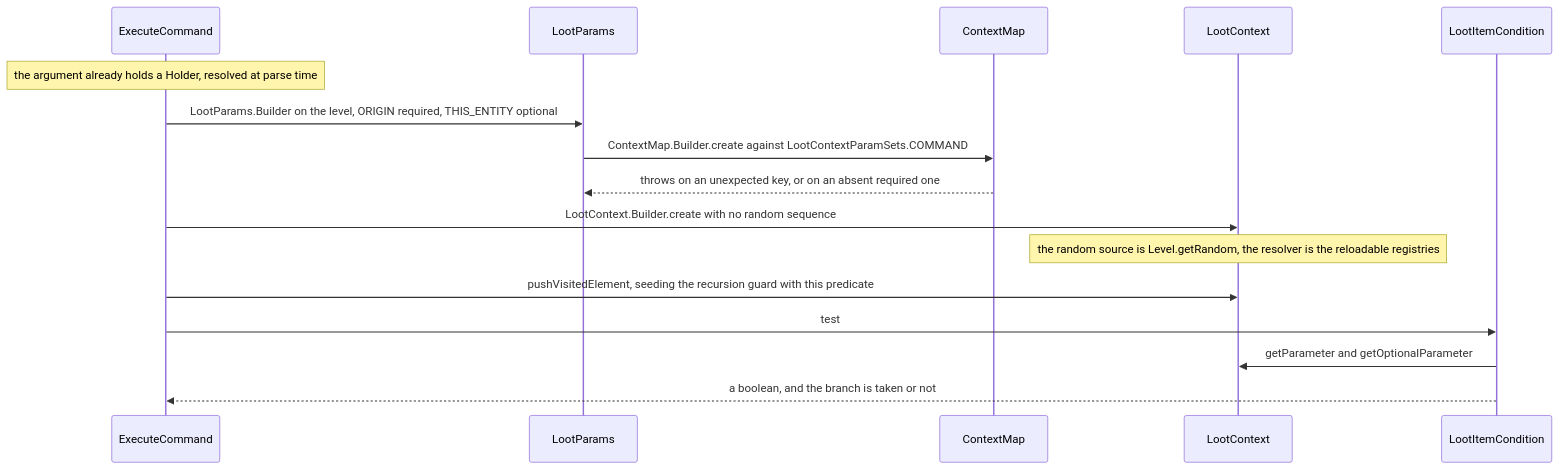
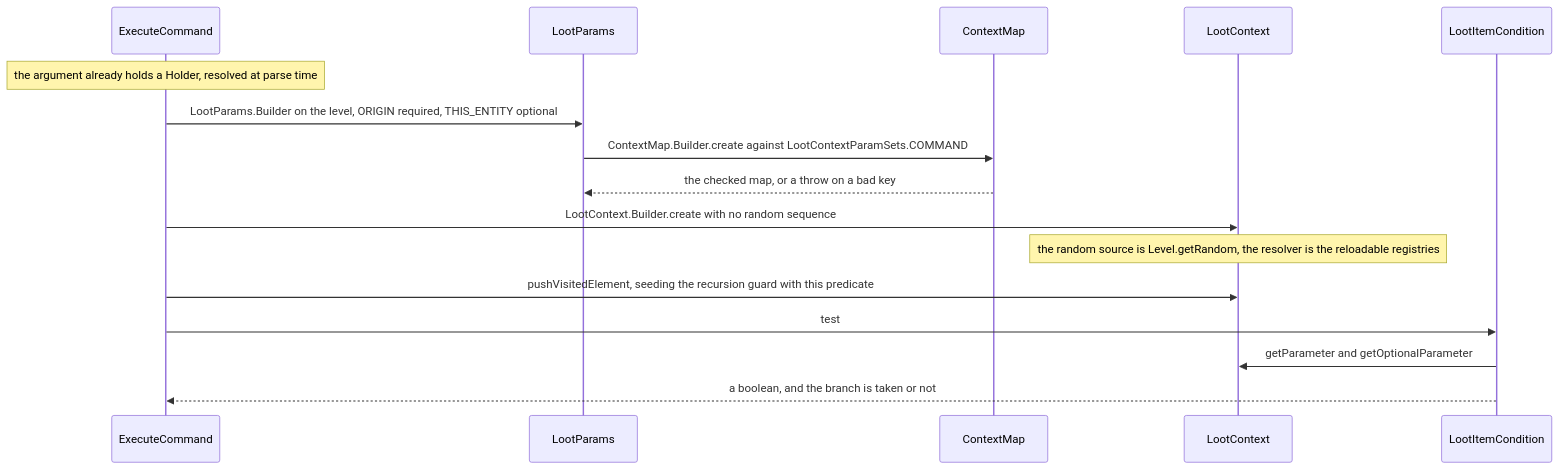
The second of 2 diagrams in src/systems/items/contexts-and-predicates.md (AlexanderjFraser/MinecraftDocs), drawn with Mermaid before and after one commit. The commit also changed other lines of this file and 19 other files, not shown here.

````diff
--- a/src/systems/items/contexts-and-predicates.md
+++ b/src/systems/items/contexts-and-predicates.md
@@ -293,19 +302,19 @@
 ```mermaid
 sequenceDiagram
     participant ExecC as ExecuteCommand
     participant LootP as LootParams
     participant CMap as ContextMap
     participant LootC as LootContext
     participant LIC as LootItemCondition
 
     Note over ExecC: the argument already holds a Holder, resolved at parse time
     ExecC->>LootP: LootParams.Builder on the level, ORIGIN required, THIS_ENTITY optional
     LootP->>CMap: ContextMap.Builder.create against LootContextParamSets.COMMAND
-    CMap-->>LootP: throws on an unexpected key, or on an absent required one
+    CMap-->>LootP: the checked map, or a throw on a bad key
     ExecC->>LootC: LootContext.Builder.create with no random sequence
     Note over LootC: the random source is Level.getRandom, the resolver is the reloadable registries
     ExecC->>LootC: pushVisitedElement, seeding the recursion guard with this predicate
     ExecC->>LIC: test
     LIC->>LootC: getParameter and getOptionalParameter
     LIC-->>ExecC: a boolean, and the branch is taken or not
 ```
````
